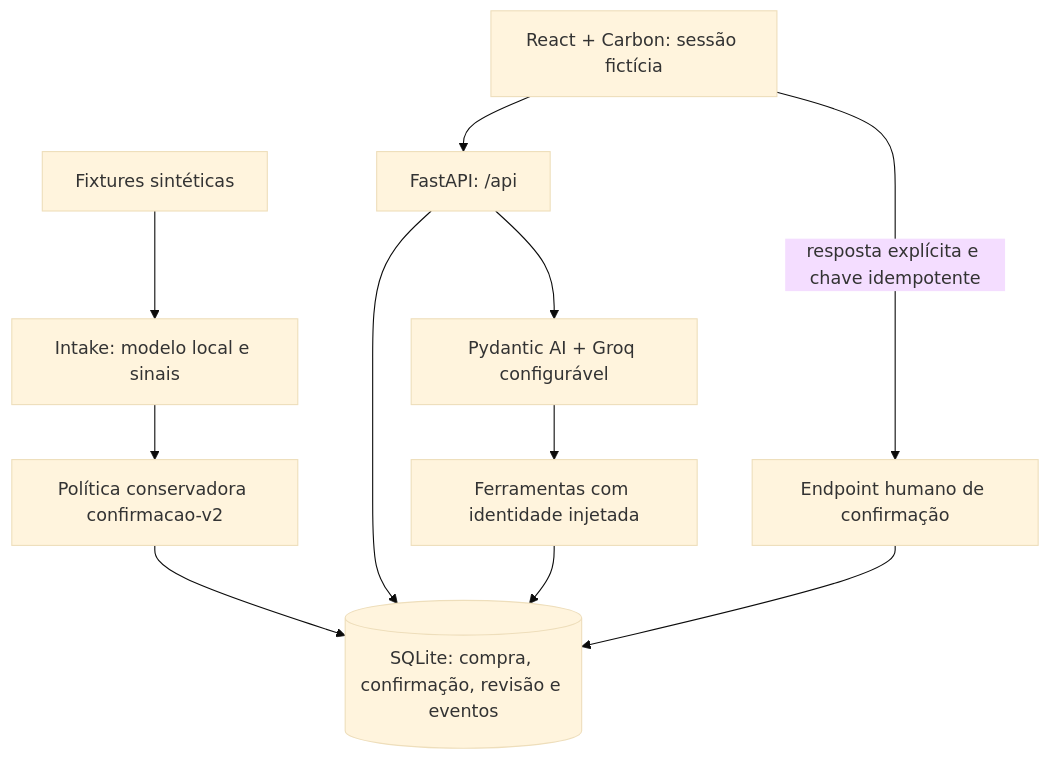
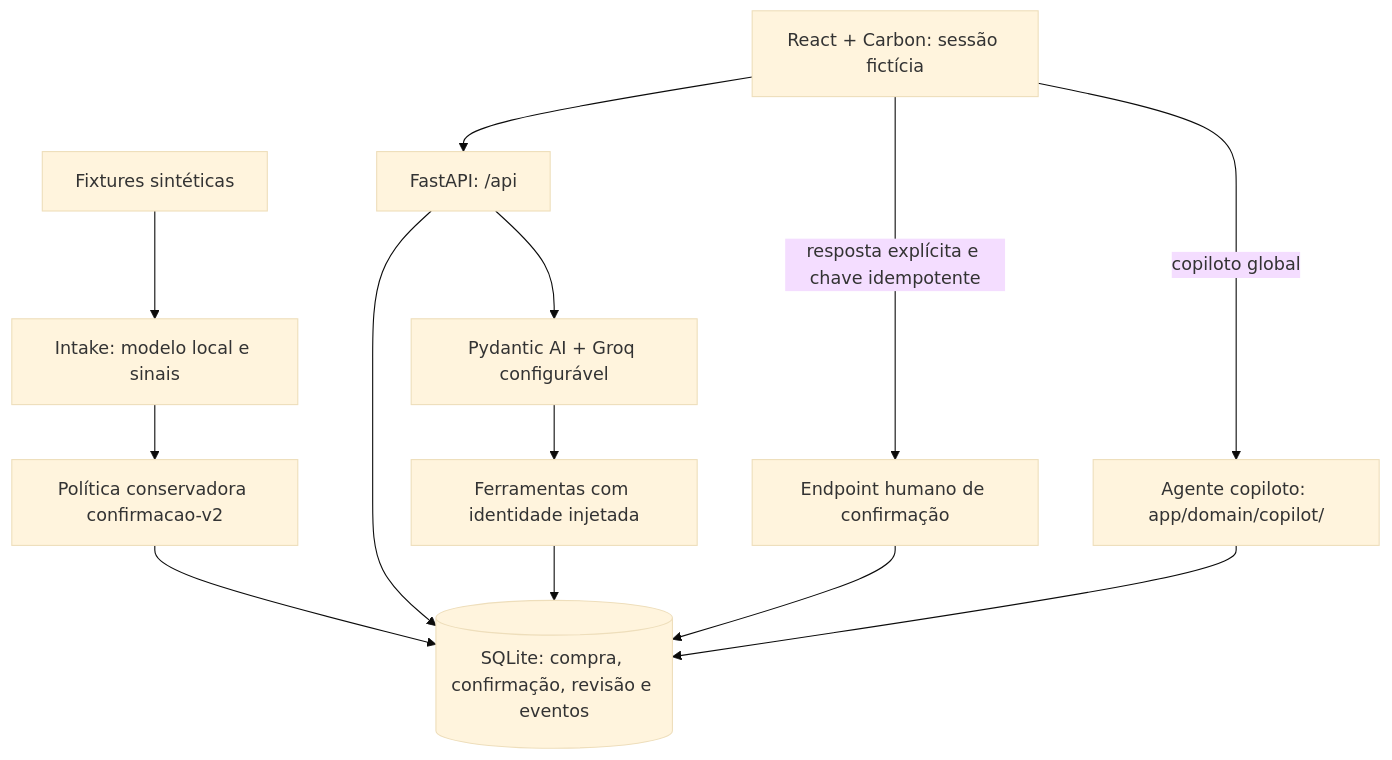
The first of 3 diagrams in docs/anexos/sistema/arquitetura-do-sistema.md (PedroHaouliFaria/Inteli-Raiz), drawn with Mermaid (base theme) before and after one commit. The commit also changed other lines of this file and 4 other files, not shown here.

````diff
--- a/docs/anexos/sistema/arquitetura-do-sistema.md
+++ b/docs/anexos/sistema/arquitetura-do-sistema.md
@@ -11,13 +11,15 @@
 ```mermaid
 flowchart TD
     F[Fixtures sintéticas] --> I[Intake: modelo local e sinais]
     I --> P[Política conservadora confirmacao-v2]
     P --> DB[(SQLite: compra, confirmação, revisão e eventos)]
     UI[React + Carbon: sessão fictícia] --> API[FastAPI: /api]
     API --> DB
     API --> A[Pydantic AI + Groq configurável]
     A --> T[Ferramentas com identidade injetada]
     T --> DB
     UI -->|resposta explícita e chave idempotente| H[Endpoint humano de confirmação]
     H --> DB
+    UI -->|copiloto global| C[Agente copiloto: app/domain/copilot/]
+    C --> DB
 ```
````
